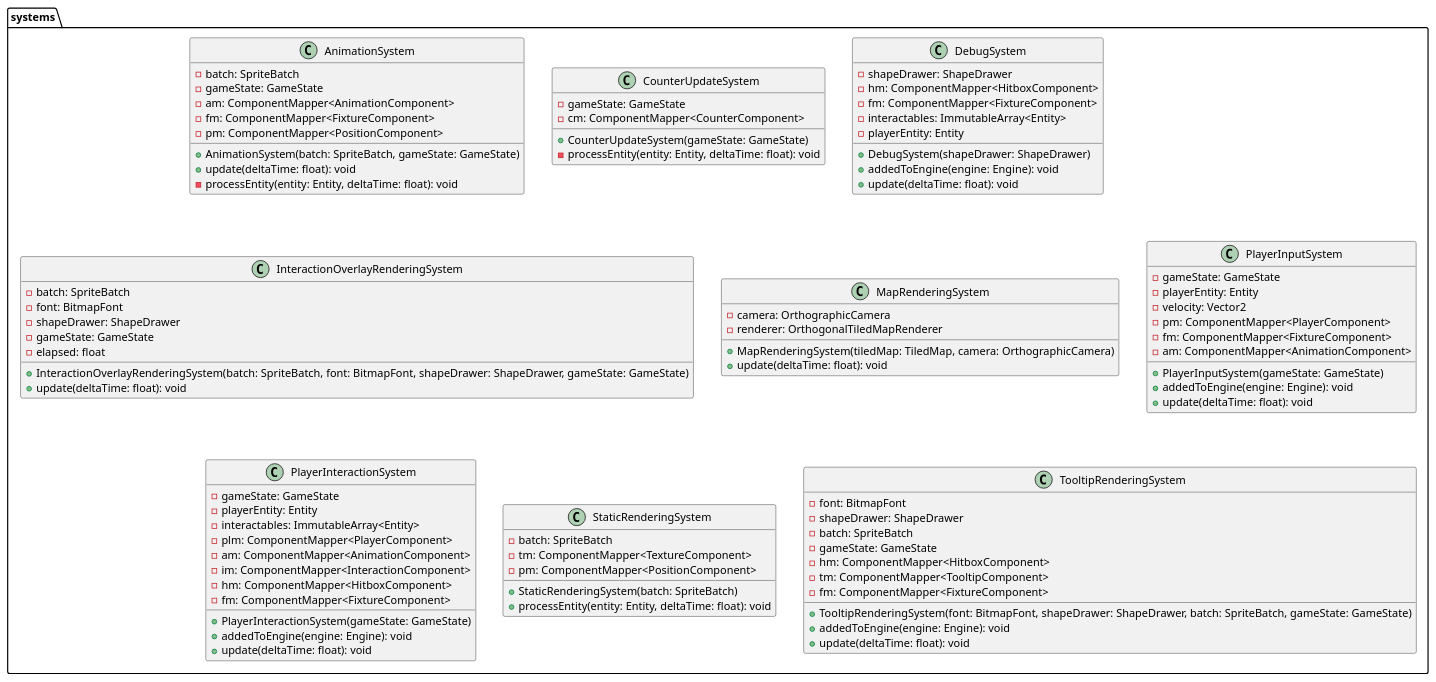
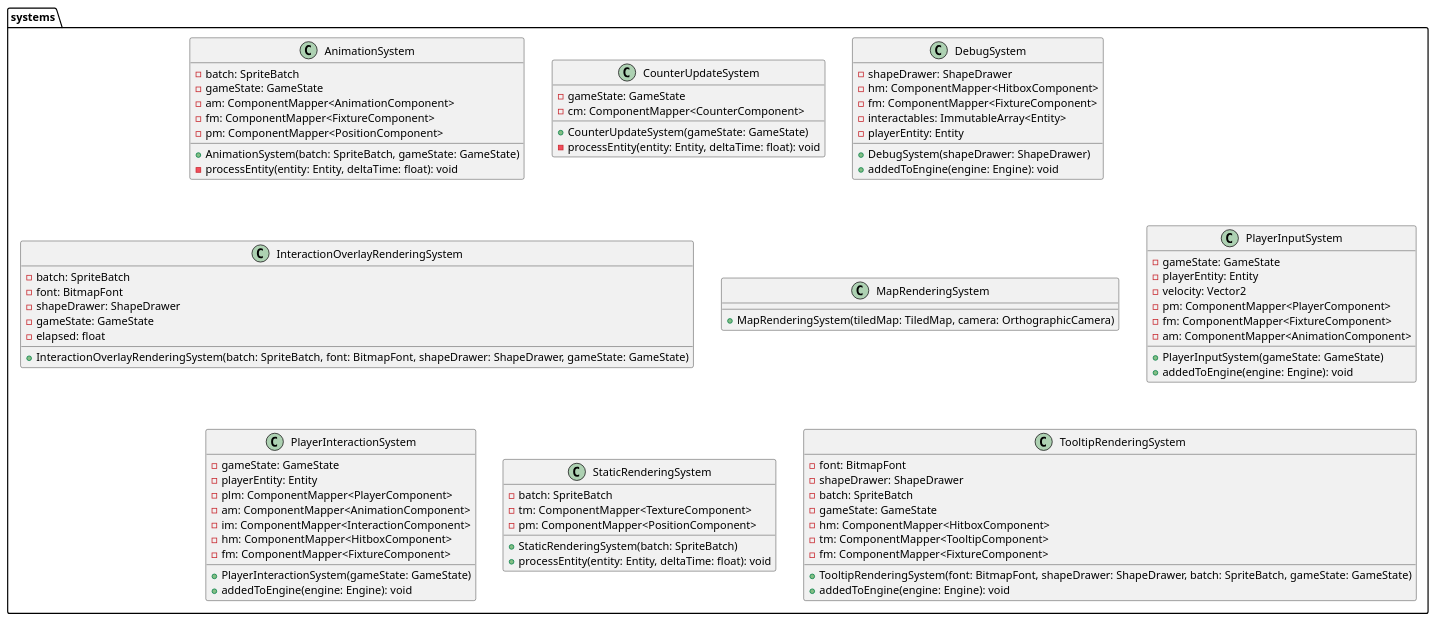
One commit to ENG1-Group-9-2024/Heslington-Hustle-2 changed the diagram in architecture/systems.puml. Above: the diagram before and after it, drawn with PlantUML. The commit also changed 9 other files, not shown here.

```diff
--- a/architecture/systems.puml
+++ b/architecture/systems.puml
@@ -1,97 +1,90 @@
 @startuml
 
 package systems {
     class AnimationSystem {
         - batch: SpriteBatch
         - gameState: GameState
         - am: ComponentMapper<AnimationComponent>
         - fm: ComponentMapper<FixtureComponent>
         - pm: ComponentMapper<PositionComponent>
         + AnimationSystem(batch: SpriteBatch, gameState: GameState)
-        + update(deltaTime: float): void
         - processEntity(entity: Entity, deltaTime: float): void
     }
 
     class CounterUpdateSystem {
         - gameState: GameState
         - cm: ComponentMapper<CounterComponent>
         + CounterUpdateSystem(gameState: GameState)
         - processEntity(entity: Entity, deltaTime: float): void
     }
 
     class DebugSystem {
         - shapeDrawer: ShapeDrawer
         - hm: ComponentMapper<HitboxComponent>
         - fm: ComponentMapper<FixtureComponent>
         - interactables: ImmutableArray<Entity>
         - playerEntity: Entity
         + DebugSystem(shapeDrawer: ShapeDrawer)
         + addedToEngine(engine: Engine): void
-        + update(deltaTime: float): void
     }
 
     class InteractionOverlayRenderingSystem {
         - batch: SpriteBatch
         - font: BitmapFont
         - shapeDrawer: ShapeDrawer
         - gameState: GameState
         - elapsed: float
         + InteractionOverlayRenderingSystem(batch: SpriteBatch, font: BitmapFont, shapeDrawer: ShapeDrawer, gameState: GameState)
-        + update(deltaTime: float): void
     }
 
     class MapRenderingSystem {
-        - camera: OrthographicCamera
-        - renderer: OrthogonalTiledMapRenderer
+
         + MapRenderingSystem(tiledMap: TiledMap, camera: OrthographicCamera)
-        + update(deltaTime: float): void
     }
 
     class PlayerInputSystem {
         - gameState: GameState
         - playerEntity: Entity
         - velocity: Vector2
         - pm: ComponentMapper<PlayerComponent>
         - fm: ComponentMapper<FixtureComponent>
         - am: ComponentMapper<AnimationComponent>
         + PlayerInputSystem(gameState: GameState)
         + addedToEngine(engine: Engine): void
-        + update(deltaTime: float): void
+
     }
 
     class PlayerInteractionSystem {
         - gameState: GameState
         - playerEntity: Entity
-        - interactables: ImmutableArray<Entity>
         - plm: ComponentMapper<PlayerComponent>
         - am: ComponentMapper<AnimationComponent>
         - im: ComponentMapper<InteractionComponent>
         - hm: ComponentMapper<HitboxComponent>
         - fm: ComponentMapper<FixtureComponent>
         + PlayerInteractionSystem(gameState: GameState)
         + addedToEngine(engine: Engine): void
-        + update(deltaTime: float): void
     }
 
     class StaticRenderingSystem {
         - batch: SpriteBatch
         - tm: ComponentMapper<TextureComponent>
         - pm: ComponentMapper<PositionComponent>
         + StaticRenderingSystem(batch: SpriteBatch)
         + processEntity(entity: Entity, deltaTime: float): void
     }
 
     class TooltipRenderingSystem {
         - font: BitmapFont
         - shapeDrawer: ShapeDrawer
         - batch: SpriteBatch
         - gameState: GameState
         - hm: ComponentMapper<HitboxComponent>
         - tm: ComponentMapper<TooltipComponent>
         - fm: ComponentMapper<FixtureComponent>
         + TooltipRenderingSystem(font: BitmapFont, shapeDrawer: ShapeDrawer, batch: SpriteBatch, gameState: GameState)
         + addedToEngine(engine: Engine): void
-        + update(deltaTime: float): void
+
     }
 }
 @enduml
```
